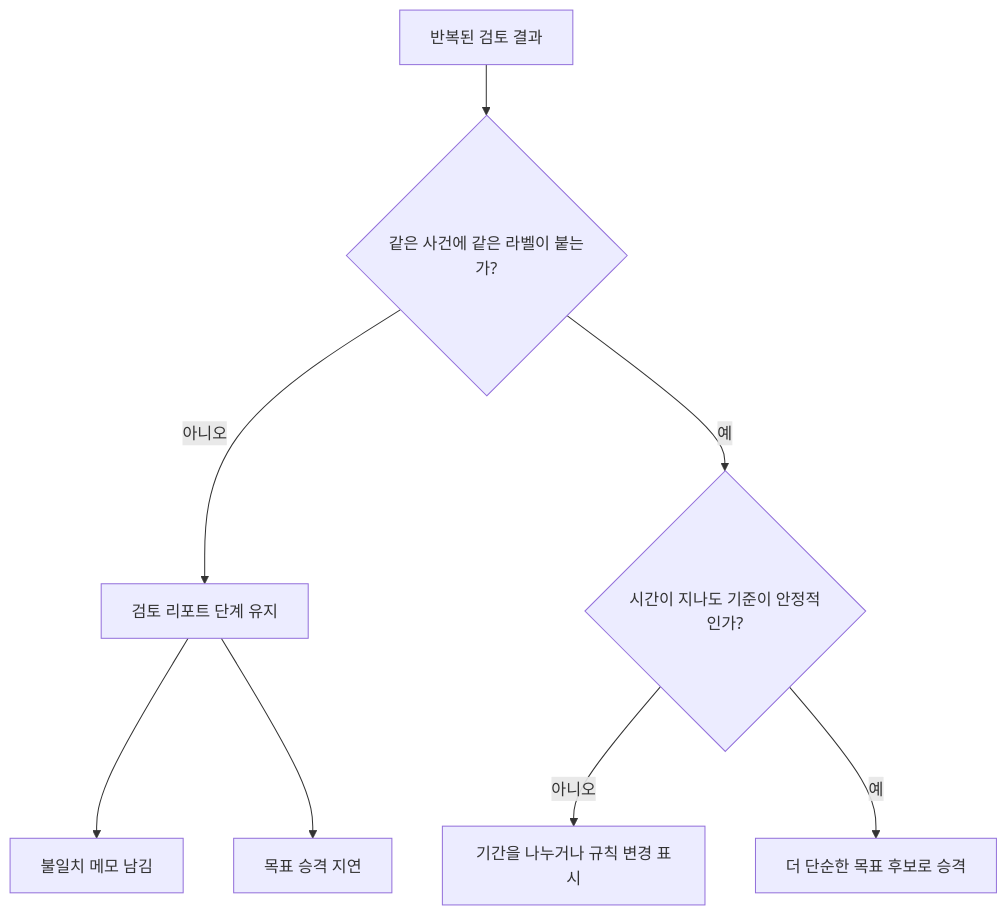
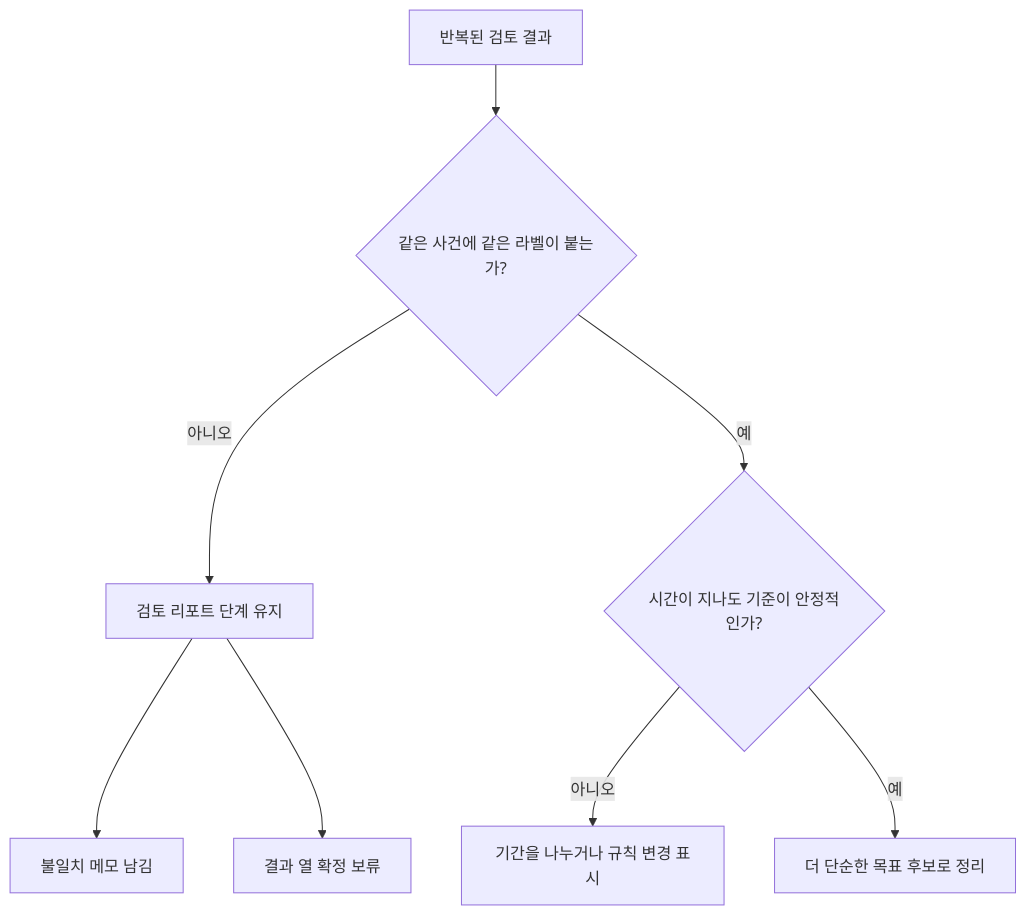
One commit to devchan64/AiBook changed the diagram in docs/parts/part-03/chapter-09/section-06.md. Above: the diagram before and after it, drawn with Mermaid. The commit also changed other lines of this file and 21 other files, not shown here.

````diff
--- a/docs/parts/part-03/chapter-09/section-06.md
+++ b/docs/parts/part-03/chapter-09/section-06.md
@@ -77,10 +77,10 @@
 ```mermaid
 flowchart TD
     A[반복된 검토 결과] --> B{같은 사건에 같은 라벨이 붙는가?}
     B -- 아니오 --> C[검토 리포트 단계 유지]
     C --> C1[불일치 메모 남김]
-    C --> C2[목표 승격 지연]
+    C --> C2[결과 열 확정 보류]
     B -- 예 --> D{시간이 지나도 기준이 안정적인가?}
     D -- 아니오 --> E[기간을 나누거나 규칙 변경 표시]
-    D -- 예 --> F[더 단순한 목표 후보로 승격]
+    D -- 예 --> F[더 단순한 목표 후보로 정리]
 ```
````
